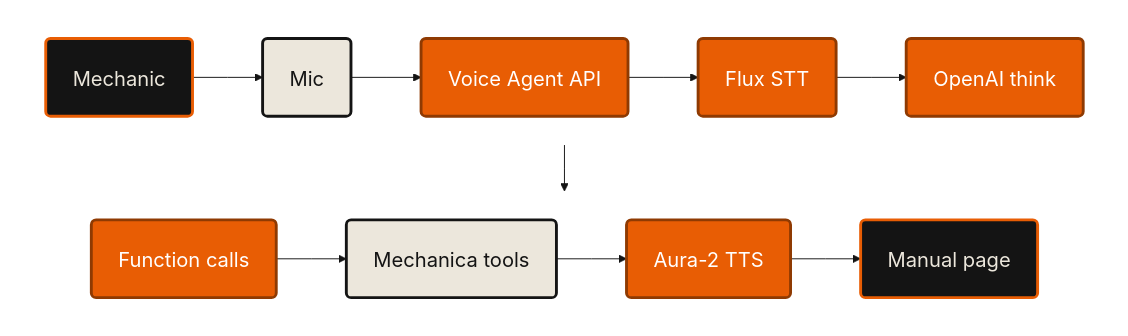
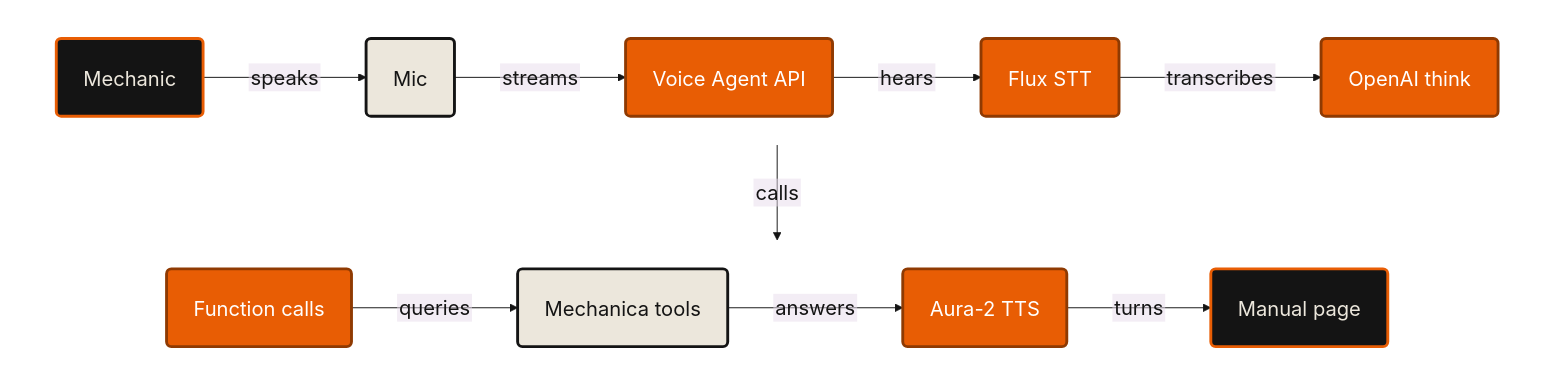
One commit to lxorb/mechanica changed the diagram in docs/pitches/deepgram.md. Above: the diagram before and after it, drawn with Mermaid. The commit also changed other lines of this file and 140 other files, not shown here.

````diff
--- a/docs/pitches/deepgram.md
+++ b/docs/pitches/deepgram.md
@@ -130,20 +130,20 @@
 ```mermaid
-%%{init: {"theme":"base","htmlLabels":false,"themeVariables":{"fontSize":"21px","fontFamily":"Barlow","lineColor":"#141414","primaryColor":"#ece7dc","primaryTextColor":"#141414","primaryBorderColor":"#141414","background":"#ffffff"},"flowchart":{"curve":"linear","htmlLabels":false,"nodeSpacing":40,"rankSpacing":48,"padding":28,"useMaxWidth":false}}}%%
+%%{init: {"theme":"base","htmlLabels":false,"themeVariables":{"fontSize":"21px","fontFamily":"Barlow","lineColor":"#141414","primaryColor":"#ece7dc","primaryTextColor":"#141414","primaryBorderColor":"#141414","background":"#ffffff"},"flowchart":{"curve":"linear","htmlLabels":false,"nodeSpacing":40,"rankSpacing":70,"padding":28,"useMaxWidth":false}}}%%
 flowchart TB
   subgraph R1[" "]
     direction LR
-    MECH("Mechanic"):::ends --> MIC("Mic"):::ours --> VA("Voice Agent API"):::them --> FLUX("Flux STT"):::them --> THINK("OpenAI think"):::them
+    MECH("Mechanic"):::ends -- "speaks" --> MIC("Mic"):::ours -- "streams" --> VA("Voice Agent API"):::them -- "hears" --> FLUX("Flux STT"):::them -- "transcribes" --> THINK("OpenAI think"):::them
   end
   subgraph R2[" "]
     direction LR
-    CALL("Function calls"):::them --> TOOLS("Mechanica tools"):::ours --> AURA("Aura-2 TTS"):::them --> PAGE("Manual page"):::ends
+    CALL("Function calls"):::them -- "queries" --> TOOLS("Mechanica tools"):::ours -- "answers" --> AURA("Aura-2 TTS"):::them -- "turns" --> PAGE("Manual page"):::ends
   end
 
-  R1 --> R2
+  R1 -- "calls" --> R2
 
   classDef ends fill:#141414,stroke:#e85d04,stroke-width:3px,color:#ece7dc
   classDef ours fill:#ece7dc,stroke:#141414,stroke-width:3px,color:#141414
   classDef them fill:#e85d04,stroke:#8f3a02,stroke-width:3px,color:#ffffff
   style R1 fill:none,stroke:none
   style R2 fill:none,stroke:none
 ```
````
